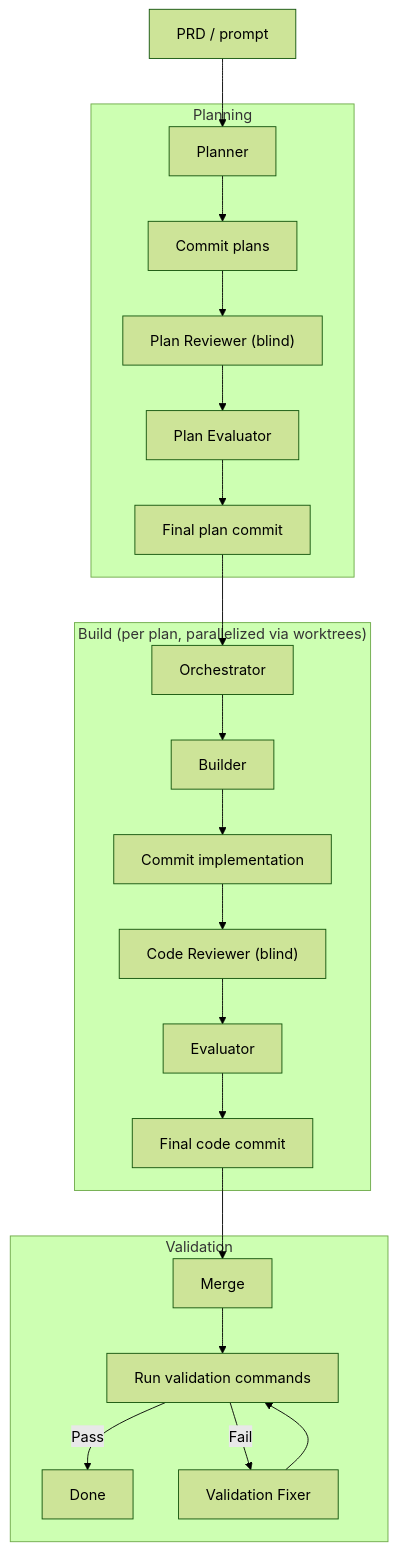
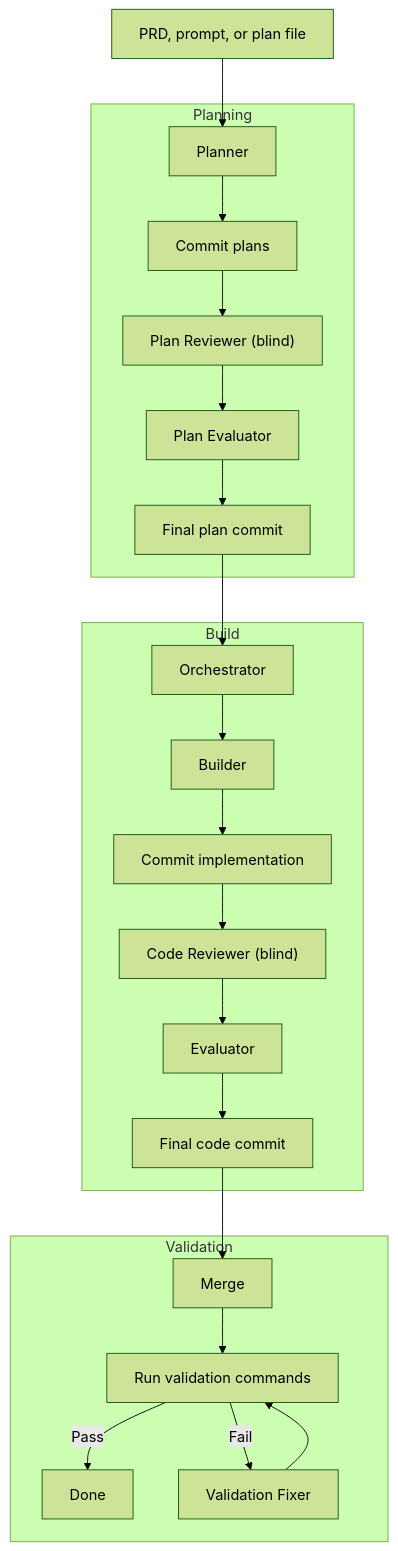
One commit to marcromeyn/eforge changed the diagram in README.md. Above: the diagram before and after it, drawn with Mermaid (forest theme).

Commit message:
docs: simplify pipeline diagram labels and fix layout

````diff
--- a/README.md
+++ b/README.md
@@ -25,34 +25,32 @@
 ```mermaid
 flowchart TD
-    PRD["PRD / prompt"]
+    Start["PRD, prompt, or plan file"]
 
-    PRD --> Planner
+    Start --> Planner
 
     subgraph plan ["Planning"]
-        Planner["Planner"]
-        Planner --> PC["Commit plans"]
+        Planner["Planner"] --> PC["Commit plans"]
         PC --> PR["Plan Reviewer (blind)"]
         PR --> PE["Plan Evaluator"]
         PE --> PF["Final plan commit"]
     end
 
     PF --> Orch
 
-    subgraph build ["Build (per plan, parallelized via worktrees)"]
-        Orch["Orchestrator"]
-        Orch --> Builder["Builder"]
+    subgraph build ["Build"]
+        Orch["Orchestrator"] --> Builder["Builder"]
         Builder --> BC["Commit implementation"]
         BC --> CR["Code Reviewer (blind)"]
         CR --> CE["Evaluator"]
         CE --> BF["Final code commit"]
     end
 
     BF --> Merge["Merge"]
 
     subgraph validate ["Validation"]
         Merge --> Val["Run validation commands"]
         Val -->|"Pass"| Done["Done"]
         Val -->|"Fail"| Fixer["Validation Fixer"]
         Fixer --> Val
     end
 ```
````
